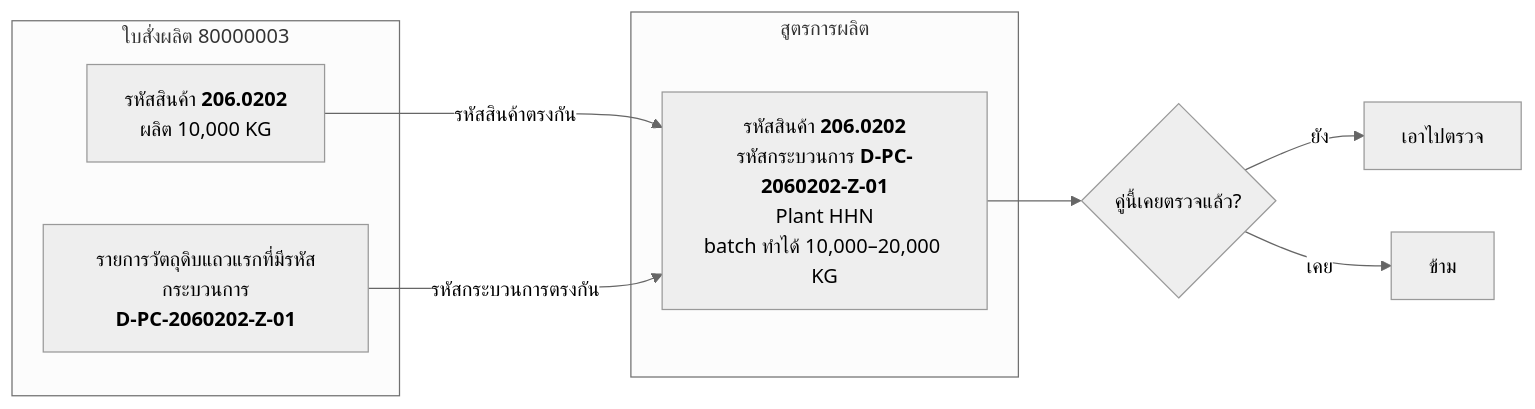
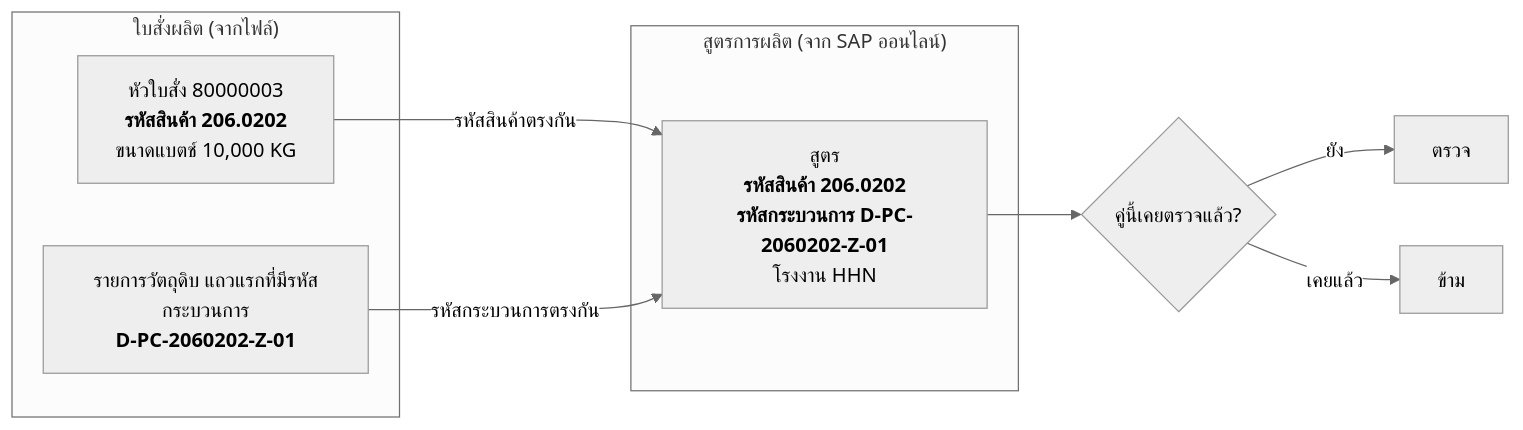
The second of 5 diagrams in README.md (mosssssssssszx/test), drawn with Mermaid (neutral theme) before and after one commit. The commit also changed other lines of this file, not shown here.

````diff
--- a/README.md
+++ b/README.md
@@ -76,17 +84,17 @@
 ```mermaid
 flowchart LR
-    subgraph O["ใบสั่งผลิต 80000003"]
-        OH["รหัสสินค้า <b>206.0202</b><br/>ผลิต 10,000 KG"]
-        OD["รายการวัตถุดิบแถวแรกที่มีรหัสกระบวนการ<br/><b>D-PC-2060202-Z-01</b>"]
+    subgraph O["ใบสั่งผลิต (จากไฟล์)"]
+        OH["หัวใบสั่ง 80000003<br/><b>รหัสสินค้า 206.0202</b><br/>ขนาดแบตช์ 10,000 KG"]
+        OD["รายการวัตถุดิบ แถวแรกที่มีรหัสกระบวนการ<br/><b>D-PC-2060202-Z-01</b>"]
     end
 
-    subgraph P["สูตรการผลิต"]
-        PH["รหัสสินค้า <b>206.0202</b><br/>รหัสกระบวนการ <b>D-PC-2060202-Z-01</b><br/>Plant HHN<br/>batch ทำได้ 10,000–20,000 KG"]
+    subgraph P["สูตรการผลิต (จาก SAP ออนไลน์)"]
+        PH["สูตร<br/><b>รหัสสินค้า 206.0202</b><br/><b>รหัสกระบวนการ D-PC-2060202-Z-01</b><br/>โรงงาน HHN"]
     end
 
     OH -- "รหัสสินค้าตรงกัน" --> PH
     OD -- "รหัสกระบวนการตรงกัน" --> PH
     PH --> Q{"คู่นี้เคยตรวจแล้ว?"}
-    Q -- "ยัง" --> GO["เอาไปตรวจ"]
-    Q -- "เคย" --> SKIP["ข้าม"]
+    Q -- "ยัง" --> GO["ตรวจ"]
+    Q -- "เคยแล้ว" --> SKIP["ข้าม"]
 ```
````
